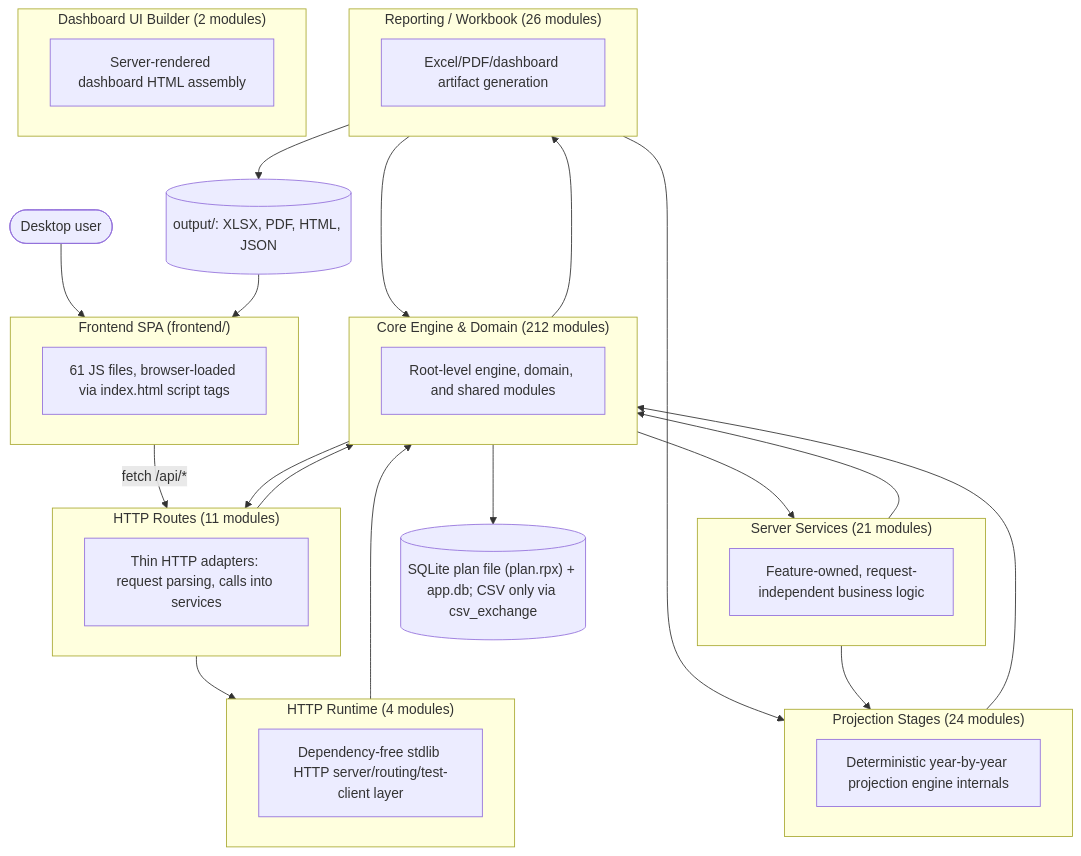
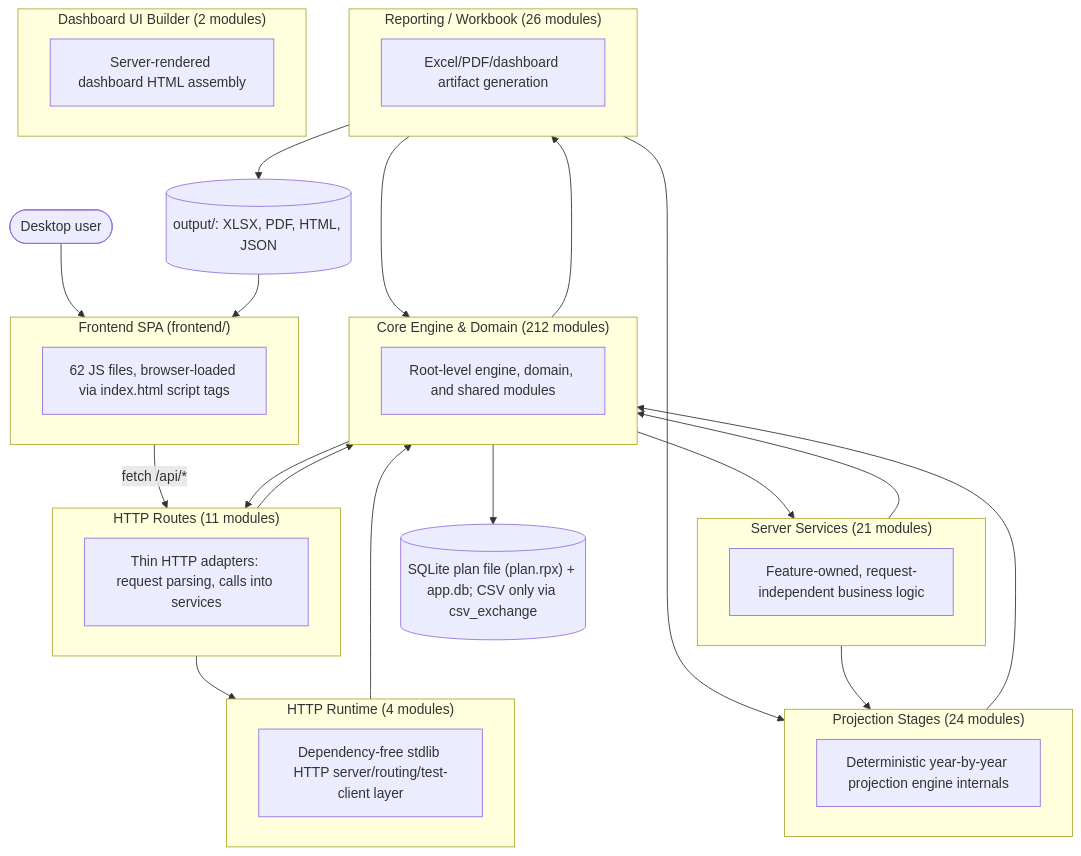
Before and after one commit to matthartzman/retirement_system: the first of 2 diagrams in documentation/reference/SYSTEM_ARCHITECTURE_DIAGRAM.md, drawn with Mermaid. The commit also changed other lines of this file and 11 other files, not shown here.

````diff
--- a/documentation/reference/SYSTEM_ARCHITECTURE_DIAGRAM.md
+++ b/documentation/reference/SYSTEM_ARCHITECTURE_DIAGRAM.md
@@ -11,43 +11,43 @@
 ```mermaid
 flowchart TB
     User(["Desktop user"]) --> FE
     subgraph FE["Frontend SPA (frontend/)"]
-        FEcount["61 JS files, browser-loaded via index.html script tags"]
+        FEcount["62 JS files, browser-loaded via index.html script tags"]
     end
     FE -->|fetch /api/*| L_HTTP_Routes
     subgraph L_HTTP_Routes["HTTP Routes (11 modules)"]
         L_HTTP_Routes_d["Thin HTTP adapters: request parsing, calls into services"]
     end
     subgraph L_Server_Services["Server Services (21 modules)"]
         L_Server_Services_d["Feature-owned, request-independent business logic"]
     end
     subgraph L_HTTP_Runtime["HTTP Runtime (4 modules)"]
         L_HTTP_Runtime_d["Dependency-free stdlib HTTP server/routing/test-client layer"]
     end
     subgraph L_Core_Engine___Domain["Core Engine & Domain (212 modules)"]
         L_Core_Engine___Domain_d["Root-level engine, domain, and shared modules"]
     end
     subgraph L_Projection_Stages["Projection Stages (24 modules)"]
         L_Projection_Stages_d["Deterministic year-by-year projection engine internals"]
     end
     subgraph L_Reporting___Workbook["Reporting / Workbook (26 modules)"]
         L_Reporting___Workbook_d["Excel/PDF/dashboard artifact generation"]
     end
     subgraph L_Dashboard_UI_Builder["Dashboard UI Builder (2 modules)"]
         L_Dashboard_UI_Builder_d["Server-rendered dashboard HTML assembly"]
     end
     L_Core_Engine___Domain --> L_HTTP_Routes
     L_Core_Engine___Domain --> L_Reporting___Workbook
     L_Core_Engine___Domain --> L_Server_Services
     L_HTTP_Routes --> L_Core_Engine___Domain
     L_HTTP_Routes --> L_HTTP_Runtime
     L_HTTP_Runtime --> L_Core_Engine___Domain
     L_Projection_Stages --> L_Core_Engine___Domain
     L_Reporting___Workbook --> L_Core_Engine___Domain
     L_Reporting___Workbook --> L_Projection_Stages
     L_Server_Services --> L_Core_Engine___Domain
     L_Server_Services --> L_Projection_Stages
     L_Core_Engine___Domain --> DB[("SQLite plan file (plan.rpx) + app.db; CSV only via csv_exchange")]
     L_Reporting___Workbook --> Outputs[("output/: XLSX, PDF, HTML, JSON")]
     Outputs --> FE
 ```
````
